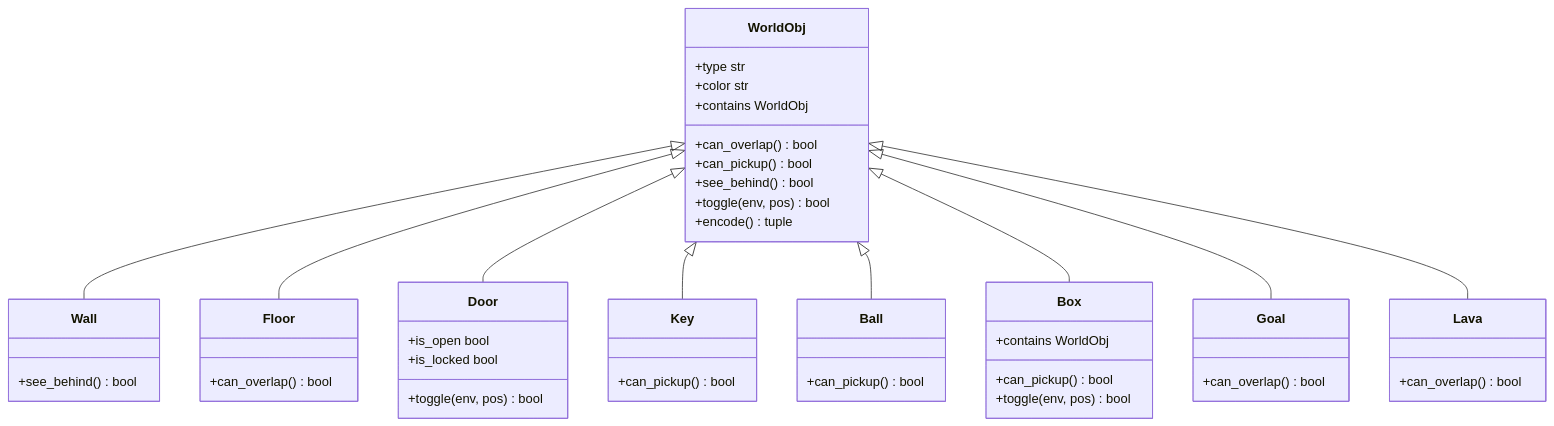
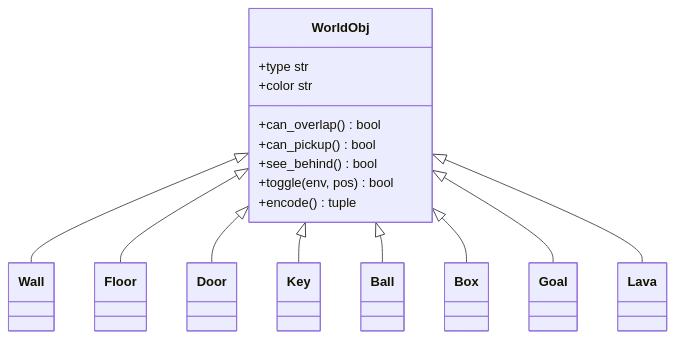
The third of 6 diagrams in docs/content/architecture.md (alexandermfisher/minigrid), drawn with Mermaid before and after one commit. The commit also changed other lines of this file, not shown here.

First line of the commit message:
Simplify Mermaid labels to single lines to fix rendering

````diff
--- a/docs/content/architecture.md
+++ b/docs/content/architecture.md
@@ -51,50 +48,20 @@
 ```{mermaid}
 classDiagram
     class WorldObj {
         +type str
         +color str
-        +contains WorldObj
         +can_overlap() bool
         +can_pickup() bool
         +see_behind() bool
         +toggle(env, pos) bool
         +encode() tuple
     }
-    class Wall {
-        +see_behind() bool
-    }
-    class Floor {
-        +can_overlap() bool
-    }
-    class Door {
-        +is_open bool
-        +is_locked bool
-        +toggle(env, pos) bool
-    }
-    class Key {
-        +can_pickup() bool
-    }
-    class Ball {
-        +can_pickup() bool
-    }
-    class Box {
-        +contains WorldObj
-        +can_pickup() bool
-        +toggle(env, pos) bool
-    }
-    class Goal {
-        +can_overlap() bool
-    }
-    class Lava {
-        +can_overlap() bool
-    }
-
     WorldObj <|-- Wall
     WorldObj <|-- Floor
     WorldObj <|-- Door
     WorldObj <|-- Key
     WorldObj <|-- Ball
     WorldObj <|-- Box
     WorldObj <|-- Goal
     WorldObj <|-- Lava
 ```
````
